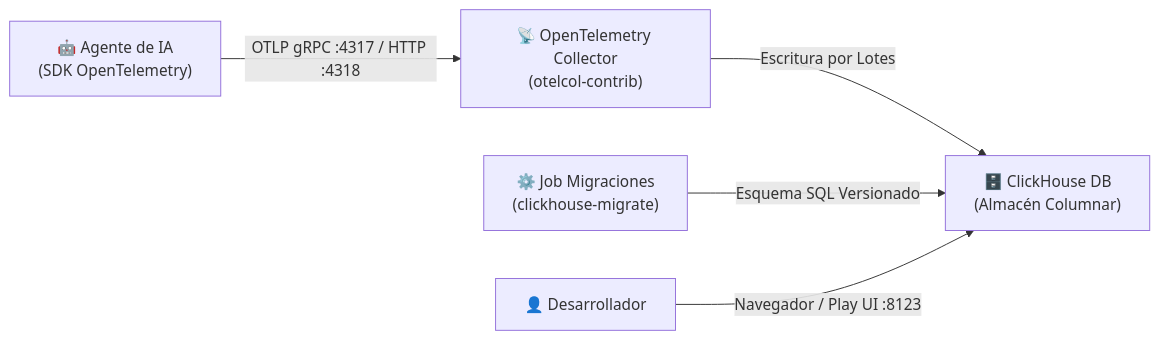
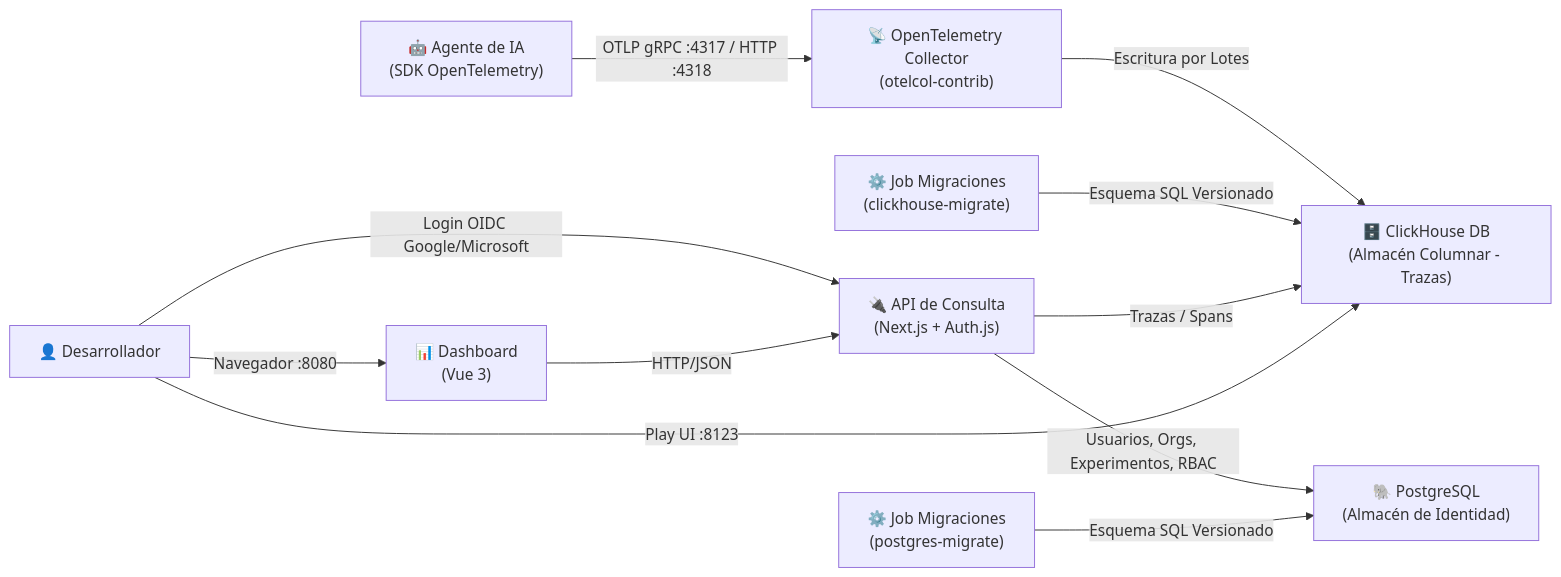
One commit to martia-es/memtrace changed the diagram in README.md. Above: the diagram before and after it, drawn with Mermaid. The commit also changed other lines of this file and 112 other files, not shown here.

Commit message:
feat: implement user identity management, OAuth authentication, PostgreSQL persistence, and email invitations

````diff
--- a/README.md
+++ b/README.md
@@ -22,7 +22,13 @@
 ```mermaid
 graph LR
     Agent["🤖 Agente de IA<br/>(SDK OpenTelemetry)"] -->|OTLP gRPC :4317 / HTTP :4318| Collector["📡 OpenTelemetry Collector<br/>(otelcol-contrib)"]
-    Collector -->|Escritura por Lotes| ClickHouse["🗄️ ClickHouse DB<br/>(Almacén Columnar)"]
-    Migrate["⚙️ Job Migraciones<br/>(clickhouse-migrate)"] -->|Esquema SQL Versionado| ClickHouse
-    User["👤 Desarrollador"] -->|Navegador / Play UI :8123| ClickHouse
+    Collector -->|Escritura por Lotes| ClickHouse["🗄️ ClickHouse DB<br/>(Almacén Columnar - Trazas)"]
+    MigrateCH["⚙️ Job Migraciones<br/>(clickhouse-migrate)"] -->|Esquema SQL Versionado| ClickHouse
+    User["👤 Desarrollador"] -->|Login OIDC Google/Microsoft| API["🔌 API de Consulta<br/>(Next.js + Auth.js)"]
+    API -->|Trazas / Spans| ClickHouse
+    API -->|Usuarios, Orgs, Experimentos, RBAC| Postgres["🐘 PostgreSQL<br/>(Almacén de Identidad)"]
+    MigratePG["⚙️ Job Migraciones<br/>(postgres-migrate)"] -->|Esquema SQL Versionado| Postgres
+    User -->|Navegador :8080| Dashboard["📊 Dashboard<br/>(Vue 3)"]
+    Dashboard -->|HTTP/JSON| API
+    User -->|Play UI :8123| ClickHouse
 ```
````
